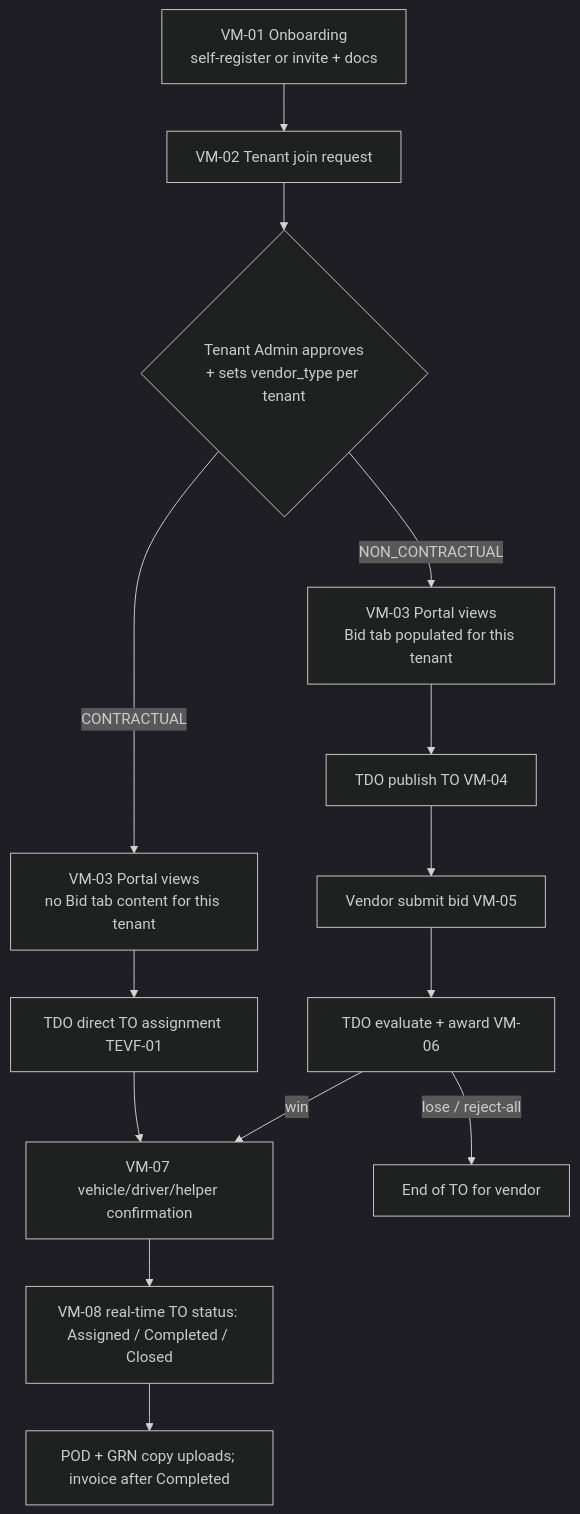
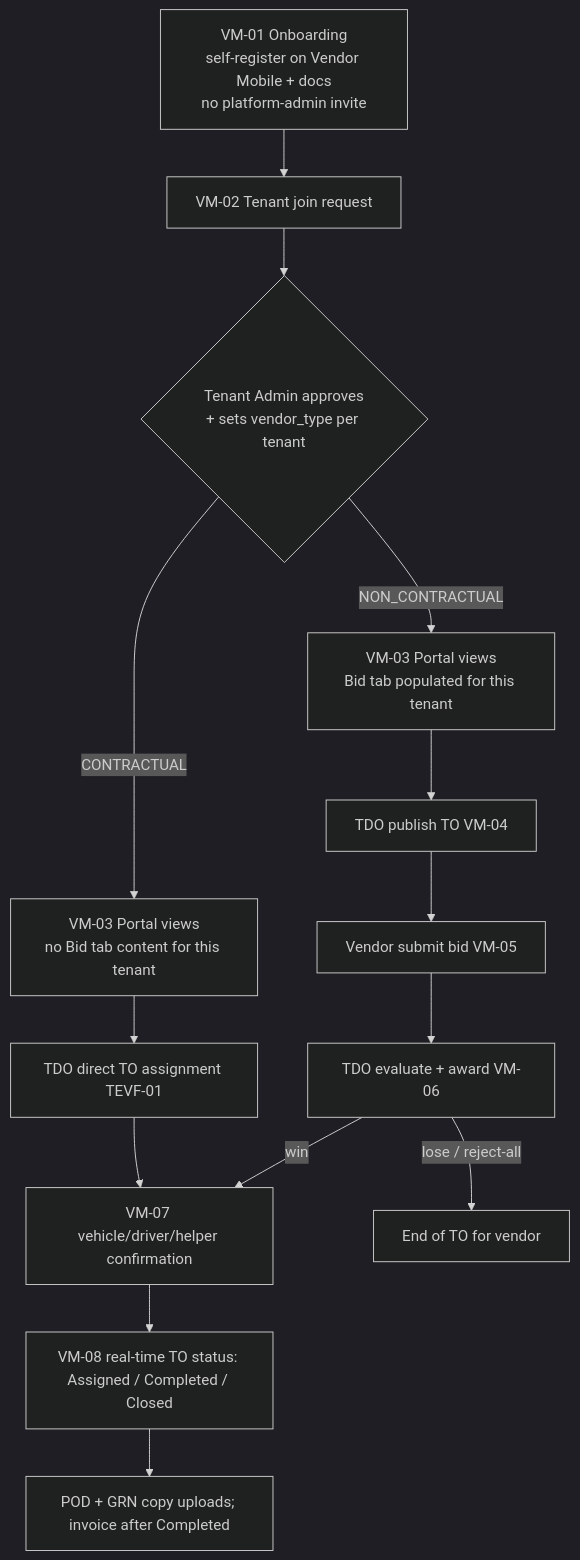
The fourth of 4 diagrams in 03-backlog/sprints/sprint-4/08-vendor-management/VENDOR-MOBILE-CONTEXT.md (sbu-europe/dfms-naming-campaign), drawn with Mermaid (dark theme) before and after one commit. The commit also changed 4 other files, not shown here.

First line of the commit message:
docs(vendor-management): restrict Phase 1 onboarding to vendor self-registration

````diff
--- a/03-backlog/sprints/sprint-4/08-vendor-management/VENDOR-MOBILE-CONTEXT.md
+++ b/03-backlog/sprints/sprint-4/08-vendor-management/VENDOR-MOBILE-CONTEXT.md
@@ -154,19 +154,19 @@
 ```mermaid
 flowchart TD
-  ON[VM-01 Onboarding<br/>self-register or invite + docs] --> JN[VM-02 Tenant join request]
+  ON[VM-01 Onboarding<br/>self-register on Vendor Mobile + docs<br/>no platform-admin invite] --> JN[VM-02 Tenant join request]
   JN --> AP{Tenant Admin approves<br/>+ sets vendor_type per tenant}
   AP -- CONTRACTUAL --> CV[VM-03 Portal views<br/>no Bid tab content for this tenant]
   AP -- NON_CONTRACTUAL --> NCV[VM-03 Portal views<br/>Bid tab populated for this tenant]
 
   CV --> CA[TDO direct TO assignment TEVF-01]
   NCV --> PB[TDO publish TO VM-04]
   PB --> SB[Vendor submit bid VM-05]
   SB --> EV[TDO evaluate + award VM-06]
 
   CA --> CONF[VM-07 vehicle/driver/helper confirmation]
   EV -- win --> CONF
   EV -- lose / reject-all --> END1[End of TO for vendor]
 
   CONF --> RT[VM-08 real-time TO status: Assigned / Completed / Closed]
   RT --> DOC[POD + GRN copy uploads; invoice after Completed]
 ```
````
